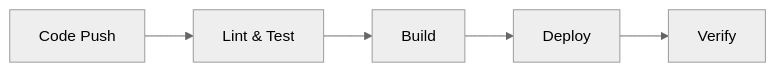
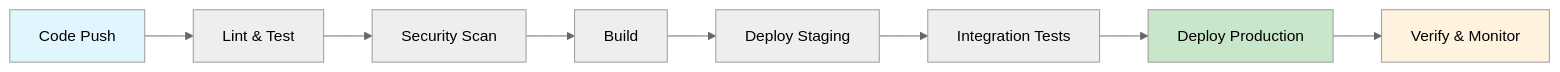
Before and after one commit to ahmed86-star/Homelab: the diagram in docs/content/development/ci-cd/_index.md, drawn with Mermaid (neutral theme). The commit also changed other lines of this file and 7 other files, not shown here.

````diff
--- a/docs/content/development/ci-cd/_index.md
+++ b/docs/content/development/ci-cd/_index.md
@@ -14,7 +50,14 @@
 ```mermaid
 graph LR
     A[Code Push] --> B[Lint & Test]
-    B --> C[Build]
-    C --> D[Deploy]
-    D --> E[Verify]
+    B --> C[Security Scan]
+    C --> D[Build]
+    D --> E[Deploy Staging]
+    E --> F[Integration Tests]
+    F --> G[Deploy Production]
+    G --> H[Verify & Monitor]
+    
+    style A fill:#e1f5fe
+    style G fill:#c8e6c9
+    style H fill:#fff3e0
 ```
````
